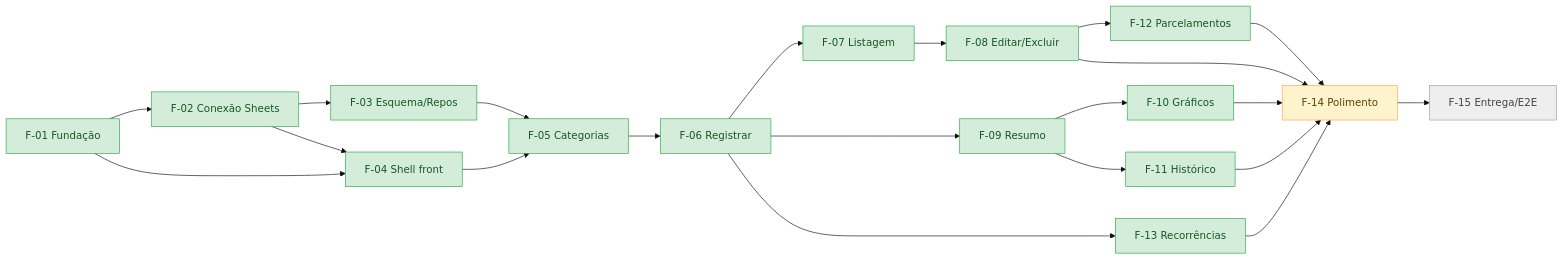
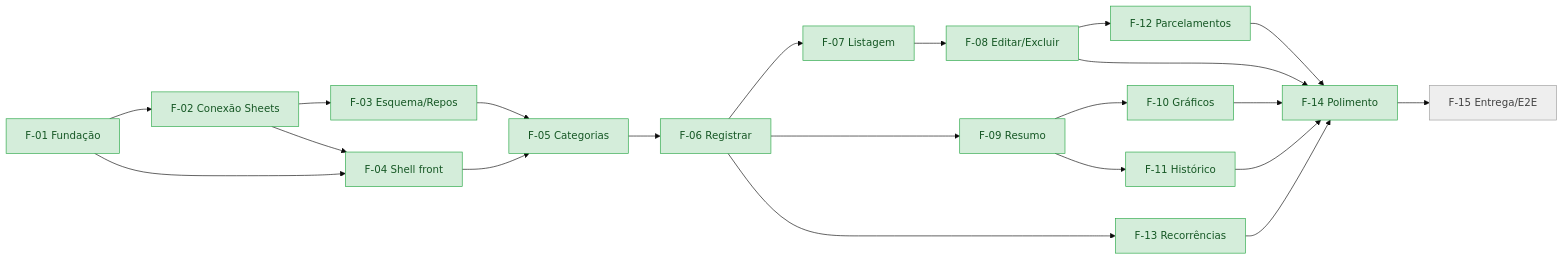
One commit to Pedrohcs/PlanilhaFinanceira changed the diagram in SPECS/05-acompanhamento.md. Above: the diagram before and after it, drawn with Mermaid (base theme). The commit also changed other lines of this file and 28 other files, not shown here.

````diff
--- a/SPECS/05-acompanhamento.md
+++ b/SPECS/05-acompanhamento.md
@@ -64,24 +64,23 @@
 ```mermaid
 flowchart LR
     F01[F-01 Fundação] --> F02[F-02 Conexão Sheets] --> F03[F-03 Esquema/Repos]
     F01 --> F04[F-04 Shell front]
     F02 --> F04
     F03 --> F05[F-05 Categorias]
     F04 --> F05
     F05 --> F06[F-06 Registrar]
     F06 --> F07[F-07 Listagem] --> F08[F-08 Editar/Excluir]
     F06 --> F09[F-09 Resumo]
     F09 --> F10[F-10 Gráficos]
     F09 --> F11[F-11 Histórico]
     F08 --> F12[F-12 Parcelamentos]
     F06 --> F13[F-13 Recorrências]
     F08 & F10 & F11 & F12 & F13 --> F14[F-14 Polimento]
     F14 --> F15[F-15 Entrega/E2E]
 
     classDef naoIniciada fill:#eeeeee,stroke:#9e9e9e,color:#424242;
     classDef iniciada fill:#fff3cd,stroke:#f0ad4e,color:#5c4400;
     classDef concluida fill:#d4edda,stroke:#28a745,color:#155724;
     class F15 naoIniciada;
-    class F14 iniciada;
-    class F01,F02,F03,F04,F05,F06,F07,F08,F09,F10,F11,F12,F13 concluida;
+    class F01,F02,F03,F04,F05,F06,F07,F08,F09,F10,F11,F12,F13,F14 concluida;
 ```
````
